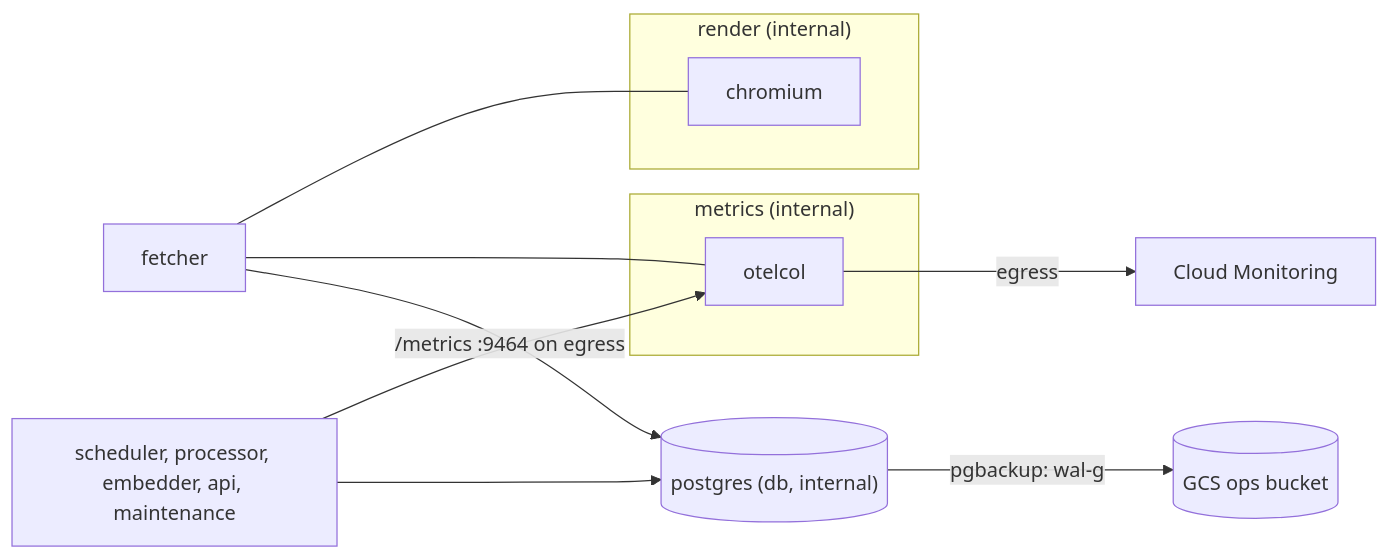
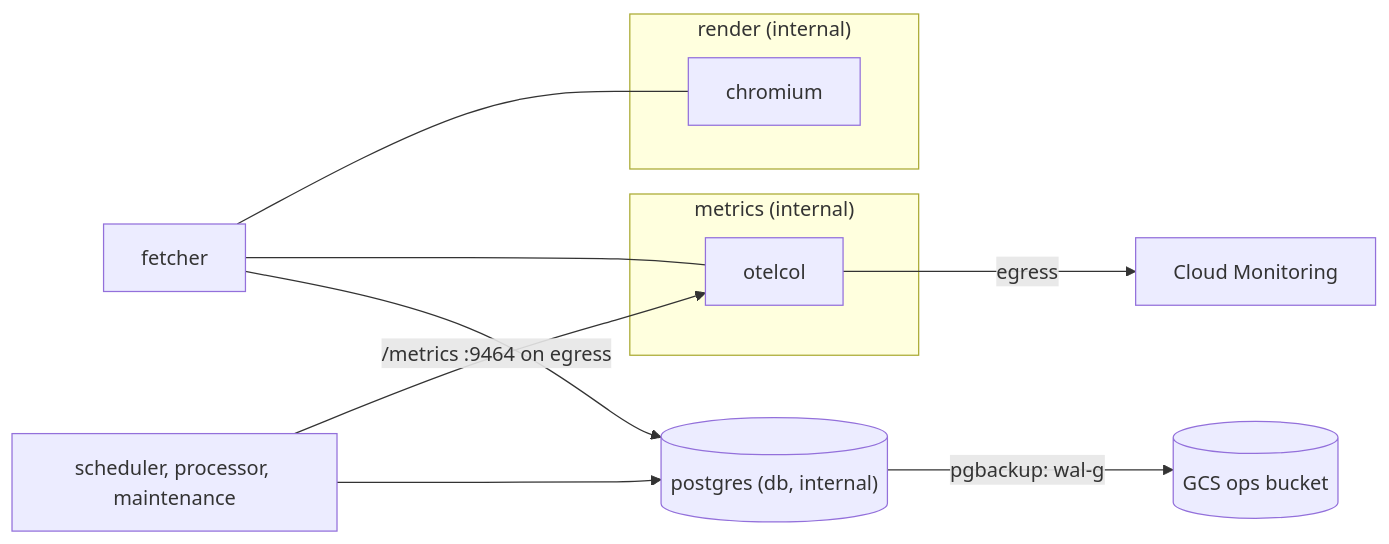
One commit to rupakc/travel-planner-crawler changed the first of 2 diagrams in docs/wiki/Operations-and-Deploy.md. Above: the diagram before and after it, drawn with Mermaid. The commit also changed other lines of this file and 7 other files, not shown here.

Commit message:
docs: capture times in microseconds, processor skip counter and metrics, noarchive expiry (#78, #73)

````diff
--- a/docs/wiki/Operations-and-Deploy.md
+++ b/docs/wiki/Operations-and-Deploy.md
@@ -64,16 +64,16 @@
 ```mermaid
 flowchart LR
   subgraph render["render (internal)"]
     CHR["chromium"]
   end
   subgraph metrics["metrics (internal)"]
     OTEL["otelcol"]
   end
   FET["fetcher"] --- CHR
   FET --- OTEL
-  ROLES["scheduler, processor, embedder, api, maintenance"] -->|"/metrics :9464 on egress"| OTEL
+  ROLES["scheduler, processor, maintenance"] -->|"/metrics :9464 on egress"| OTEL
   FET --> DB[("postgres (db, internal)")]
   ROLES --> DB
   DB -->|"pgbackup: wal-g"| GCS[("GCS ops bucket")]
   OTEL -->|"egress"| CM["Cloud Monitoring"]
 ```
````
